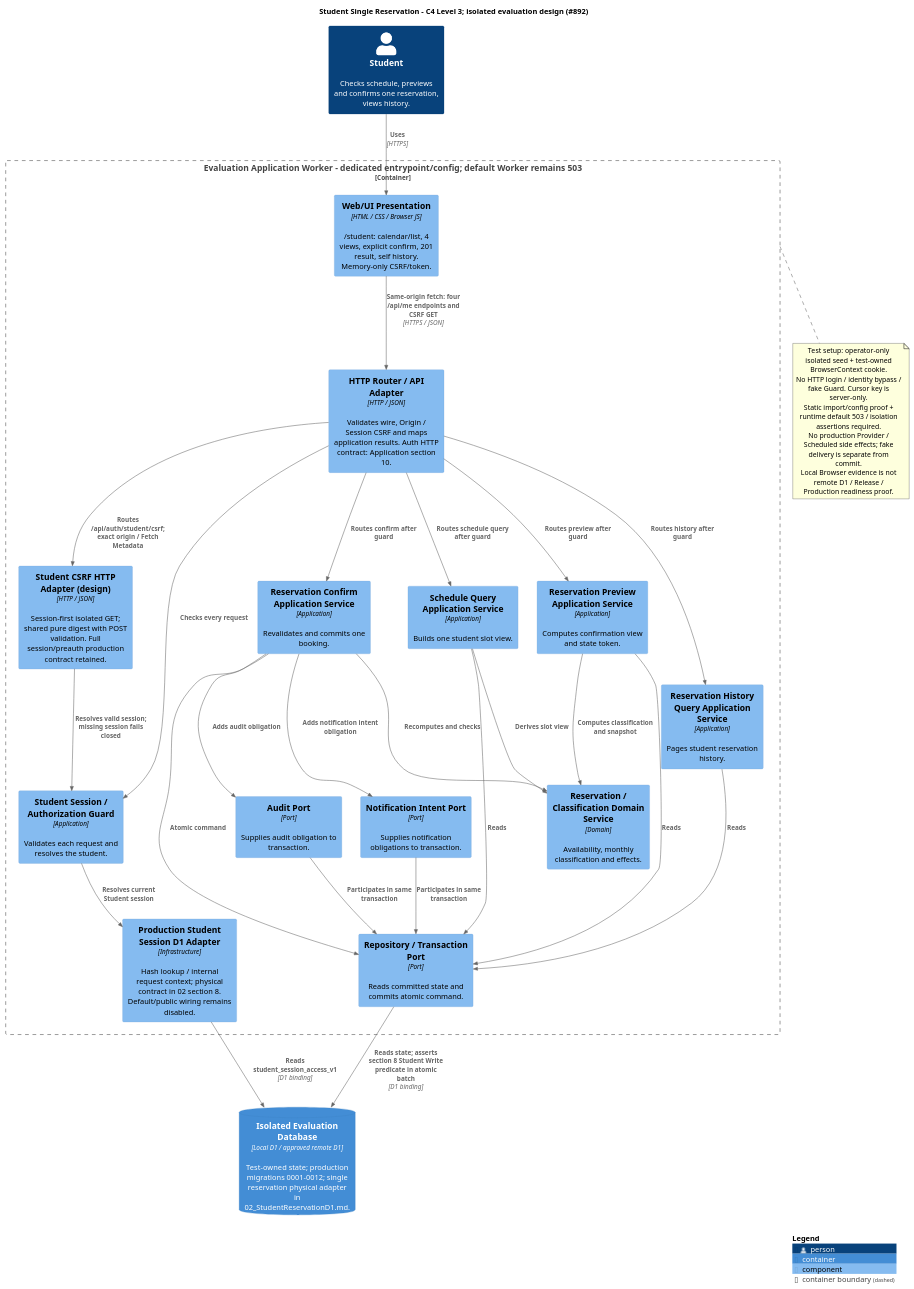
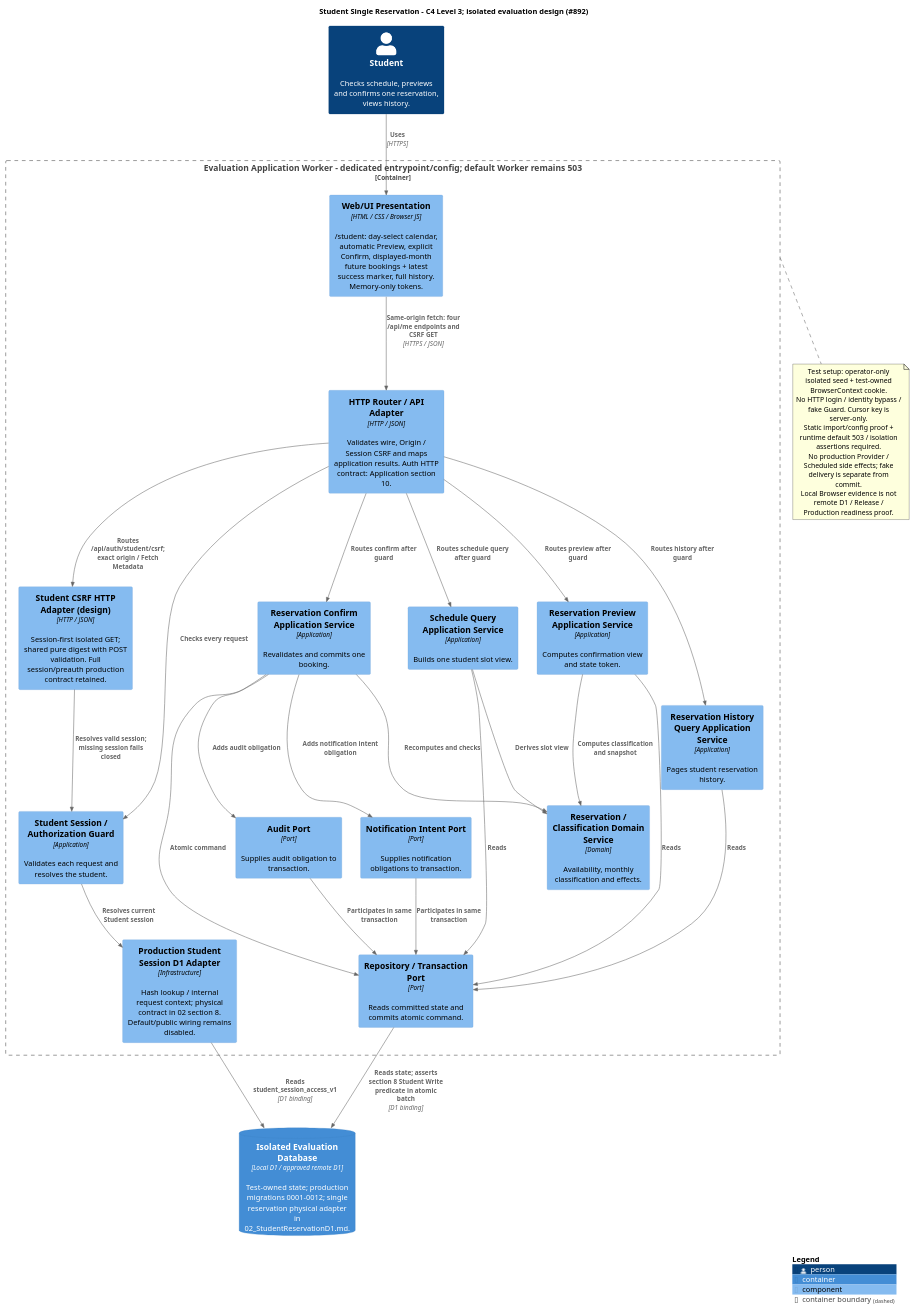
The diagram in docs/diagrams/plantuml/c4-student-reservation-components.puml (suzukure/nssscdl), drawn with PlantUML before and after one commit. The commit also changed 13 other files, not shown here.

First line of the commit message:
docs: 生徒予約UIの確定契約をREQ/AC/TC・詳細設計・図へ同期 (#1109) (#1110)

```diff
--- a/docs/diagrams/plantuml/c4-student-reservation-components.puml
+++ b/docs/diagrams/plantuml/c4-student-reservation-components.puml
@@ -1,59 +1,59 @@
 @startuml
 !include <C4/C4_Component>
 
 LAYOUT_WITH_LEGEND()
 title Student Single Reservation - C4 Level 3; isolated evaluation design (#892)
 
 Person(student, "Student", "Checks schedule, previews and confirms one reservation, views history.")
 ContainerDb(db, "Isolated Evaluation Database", "Local D1 / approved remote D1", "Test-owned state; production migrations 0001-0012; single reservation physical adapter in 02_StudentReservationD1.md.")
 
 Container_Boundary(worker, "Evaluation Application Worker - dedicated entrypoint/config; default Worker remains 503") {
-  Component(ui, "Web/UI Presentation", "HTML / CSS / Browser JS", "/student: calendar/list, 4 views, explicit confirm, 201 result, self history. Memory-only CSRF/token.")
+  Component(ui, "Web/UI Presentation", "HTML / CSS / Browser JS", "/student: day-select calendar, automatic Preview, explicit Confirm, displayed-month future bookings + latest success marker, full history. Memory-only tokens.")
   Component(router, "HTTP Router / API Adapter", "HTTP / JSON", "Validates wire, Origin / Session CSRF and maps application results. Auth HTTP contract: Application section 10.")
   Component(csrf, "Student CSRF HTTP Adapter (design)", "HTTP / JSON", "Session-first isolated GET; shared pure digest with POST validation. Full session/preauth production contract retained.")
   Component(guard, "Student Session / Authorization Guard", "Application", "Validates each request and resolves the student.")
   Component(authrepo, "Production Student Session D1 Adapter", "Infrastructure", "Hash lookup / internal request context; physical contract in 02 section 8. Default/public wiring remains disabled.")
   Component(schedule, "Schedule Query Application Service", "Application", "Builds one student slot view.")
   Component(preview, "Reservation Preview Application Service", "Application", "Computes confirmation view and state token.")
   Component(confirm, "Reservation Confirm Application Service", "Application", "Revalidates and commits one booking.")
   Component(history, "Reservation History Query Application Service", "Application", "Pages student reservation history.")
   Component(domain, "Reservation / Classification Domain Service", "Domain", "Availability, monthly classification and effects.")
   Component(repo, "Repository / Transaction Port", "Port", "Reads committed state and commits atomic command.")
   Component(audit, "Audit Port", "Port", "Supplies audit obligation to transaction.")
   Component(intent, "Notification Intent Port", "Port", "Supplies notification obligations to transaction.")
 }
 
 Rel(student, ui, "Uses", "HTTPS")
 Rel(ui, router, "Same-origin fetch: four /api/me endpoints and CSRF GET", "HTTPS / JSON")
 Rel(router, csrf, "Routes /api/auth/student/csrf; exact origin / Fetch Metadata")
 Rel(csrf, guard, "Resolves valid session; missing session fails closed")
 Rel(router, guard, "Checks every request")
 Rel(guard, authrepo, "Resolves current Student session")
 Rel(authrepo, db, "Reads student_session_access_v1", "D1 binding")
 Rel(router, schedule, "Routes schedule query after guard")
 Rel(router, preview, "Routes preview after guard")
 Rel(router, confirm, "Routes confirm after guard")
 Rel(router, history, "Routes history after guard")
 Rel(schedule, domain, "Derives slot view")
 Rel(preview, domain, "Computes classification and snapshot")
 Rel(confirm, domain, "Recomputes and checks")
 Rel(schedule, repo, "Reads")
 Rel(preview, repo, "Reads")
 Rel(confirm, repo, "Atomic command")
 Rel(history, repo, "Reads")
 Rel(confirm, audit, "Adds audit obligation")
 Rel(confirm, intent, "Adds notification intent obligation")
 Rel(repo, db, "Reads state; asserts section 8 Student Write predicate in atomic batch", "D1 binding")
 Rel(audit, repo, "Participates in same transaction")
 Rel(intent, repo, "Participates in same transaction")
 
 note bottom of worker
   Test setup: operator-only isolated seed + test-owned BrowserContext cookie.
   No HTTP login / identity bypass / fake Guard. Cursor key is server-only.
   Static import/config proof + runtime default 503 / isolation assertions required.
   No production Provider / Scheduled side effects; fake delivery is separate from commit.
   Local Browser evidence is not remote D1 / Release / Production readiness proof.
 end note
 
 SHOW_LEGEND()
 @enduml
```
